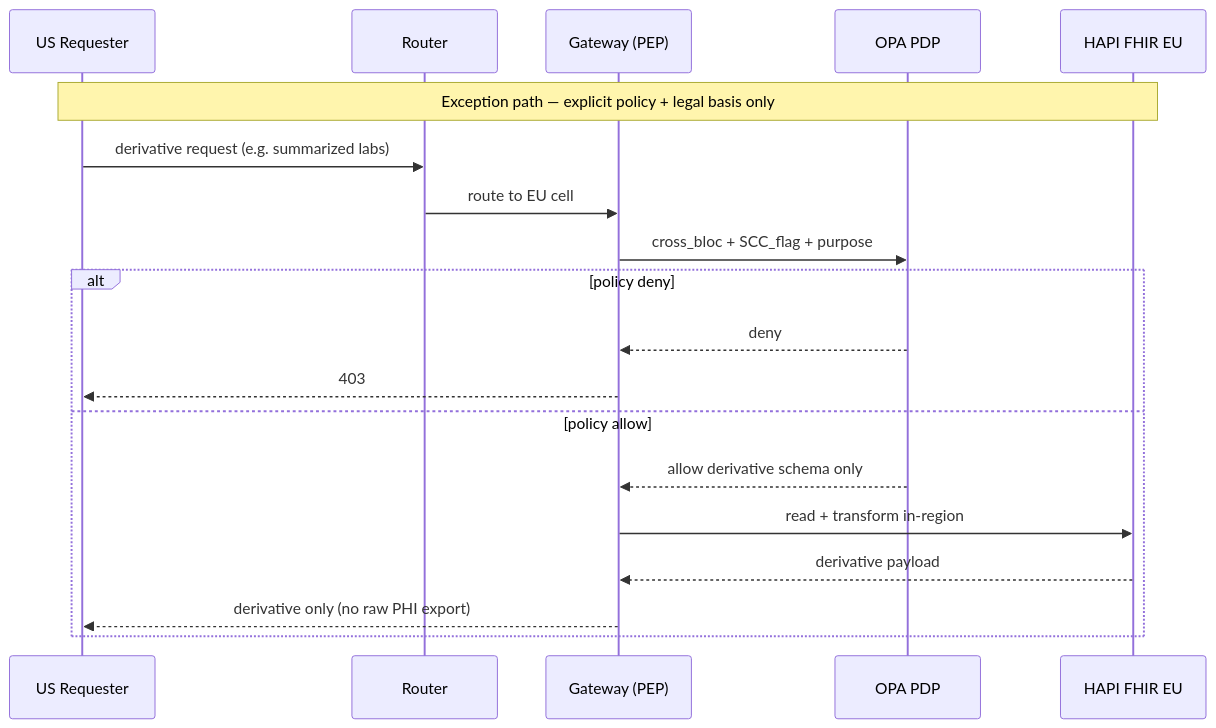
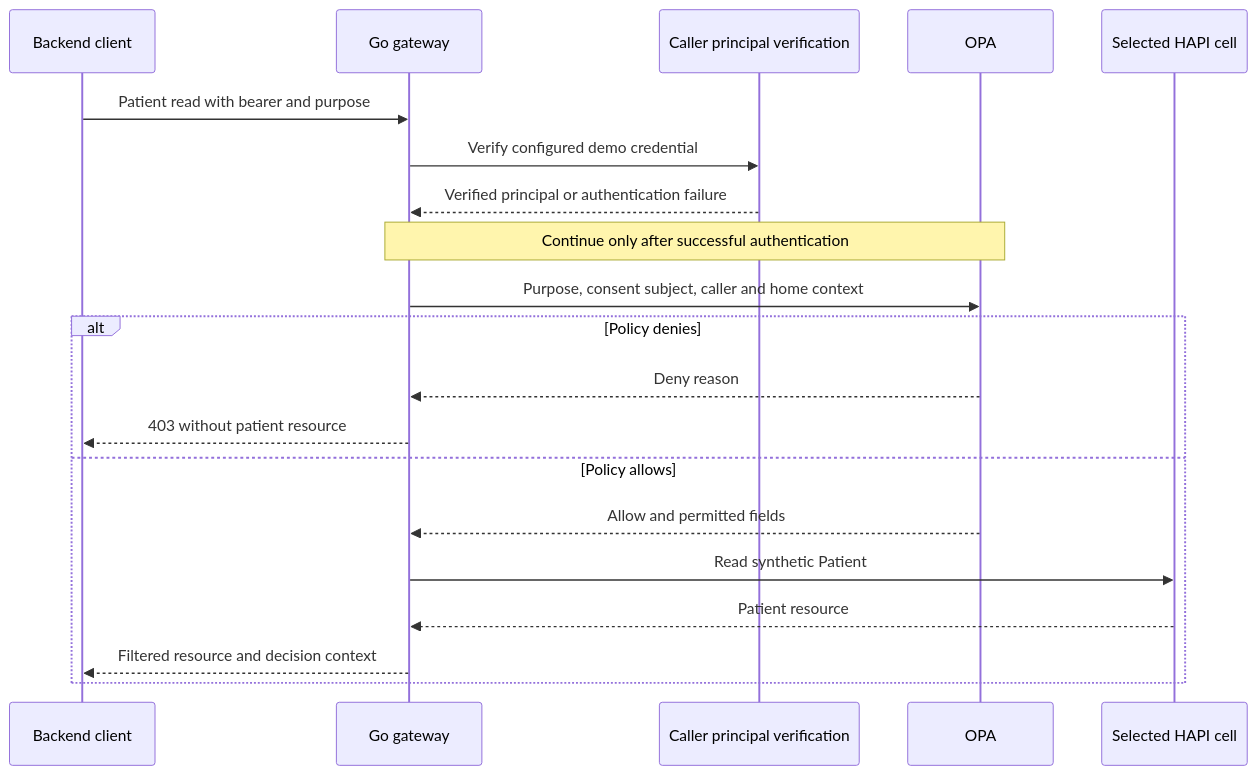
The second of 2 diagrams in docs/architecture/data-flows.md (SafetyMP/Healthcare-Data-Exchange), drawn with Mermaid before and after one commit. The commit also changed other lines of this file and 61 other files, not shown here.

````diff
--- a/docs/architecture/data-flows.md
+++ b/docs/architecture/data-flows.md
@@ -91,22 +76,22 @@
 ```mermaid
 sequenceDiagram
-  participant U as US Requester
-  participant R as Router
-  participant G as Gateway (PEP)
-  participant O as OPA PDP
-  participant F as HAPI FHIR EU
-
-  Note over U,F: Exception path — explicit policy + legal basis only
-  U->>R: derivative request (e.g. summarized labs)
-  R->>G: route to EU cell
-  G->>O: cross_bloc + SCC_flag + purpose
-  alt policy deny
-    O-->>G: deny
-    G-->>U: 403
-  else policy allow
-    O-->>G: allow derivative schema only
-    G->>F: read + transform in-region
-    F-->>G: derivative payload
-    G-->>U: derivative only (no raw PHI export)
+  participant C as Backend client
+  participant G as Go gateway
+  participant P as Caller principal verification
+  participant O as OPA
+  participant H as Selected HAPI cell
+  C->>G: Patient read with bearer and purpose
+  G->>P: Verify configured demo credential
+  P-->>G: Verified principal or authentication failure
+  Note over G,O: Continue only after successful authentication
+  G->>O: Purpose, consent subject, caller and home context
+  alt Policy denies
+    O-->>G: Deny reason
+    G-->>C: 403 without patient resource
+  else Policy allows
+    O-->>G: Allow and permitted fields
+    G->>H: Read synthetic Patient
+    H-->>G: Patient resource
+    G-->>C: Filtered resource and decision context
   end
 ```
````
